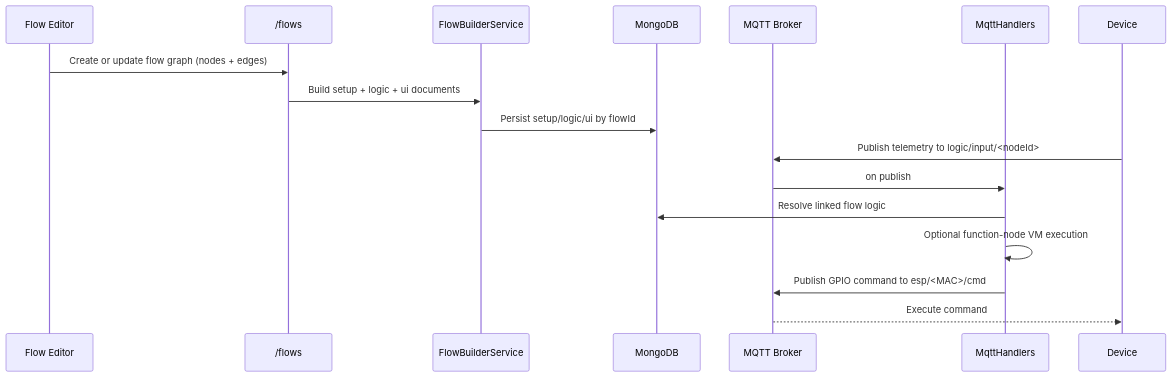
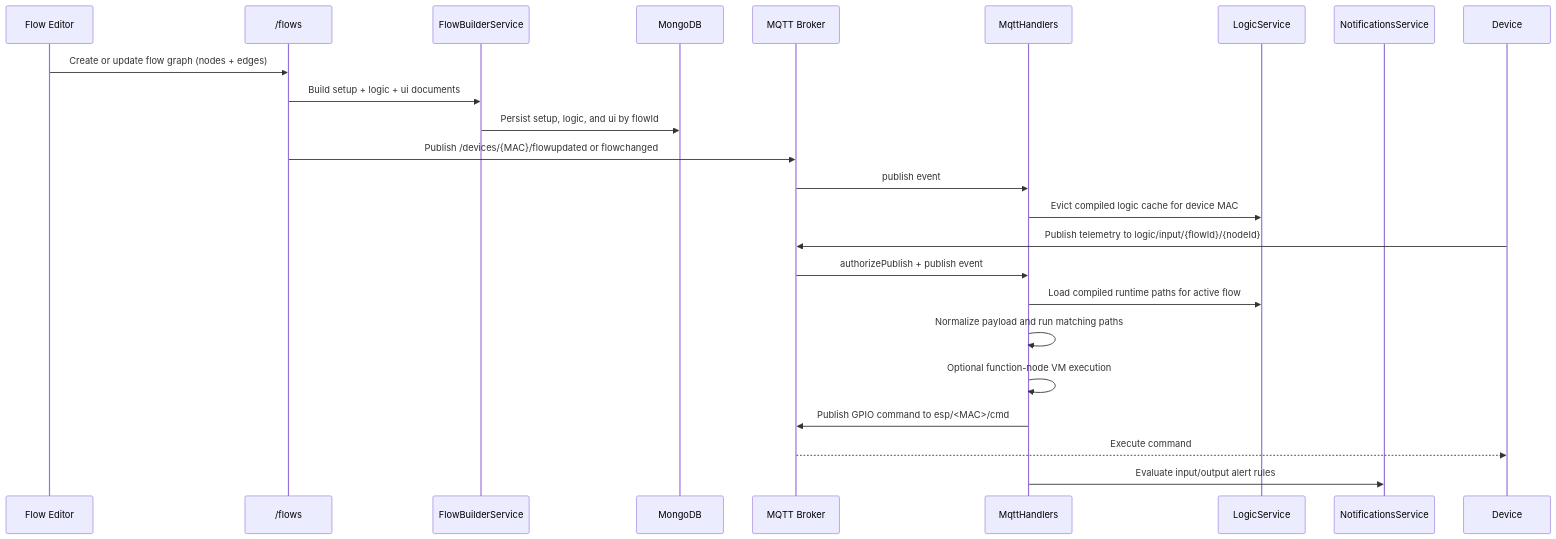
The sixth of 8 diagrams in docs/arch.md (ahmed-atef-gad/nexusflow-backend), drawn with Mermaid before and after one commit. The commit also changed other lines of this file, not shown here.

Commit message:
feat: enhance architecture documentation with Aedes MQTT broker details and performance session integration

````diff
--- a/docs/arch.md
+++ b/docs/arch.md
@@ -169,21 +356,28 @@
 ```mermaid
 sequenceDiagram
     participant UI as Flow Editor
     participant Flows as /flows
     participant Builder as FlowBuilderService
     participant DB as MongoDB
     participant Broker as MQTT Broker
     participant Handler as MqttHandlers
+    participant Logic as LogicService
+    participant Notify as NotificationsService
     participant ESP as Device
 
     UI->>Flows: Create or update flow graph (nodes + edges)
     Flows->>Builder: Build setup + logic + ui documents
-    Builder->>DB: Persist setup/logic/ui by flowId
+    Builder->>DB: Persist setup, logic, and ui by flowId
+    Flows->>Broker: Publish /devices/{MAC}/flowupdated or flowchanged
+    Broker->>Handler: publish event
+    Handler->>Logic: Evict compiled logic cache for device MAC
 
-    ESP->>Broker: Publish telemetry to logic/input/<nodeId>
-    Broker->>Handler: on publish
-    Handler->>DB: Resolve linked flow logic
+    ESP->>Broker: Publish telemetry to logic/input/{flowId}/{nodeId}
+    Broker->>Handler: authorizePublish + publish event
+    Handler->>Logic: Load compiled runtime paths for active flow
+    Handler->>Handler: Normalize payload and run matching paths
     Handler->>Handler: Optional function-node VM execution
     Handler->>Broker: Publish GPIO command to esp/<MAC>/cmd
     Broker-->>ESP: Execute command
+    Handler->>Notify: Evaluate input/output alert rules
 ```
````
